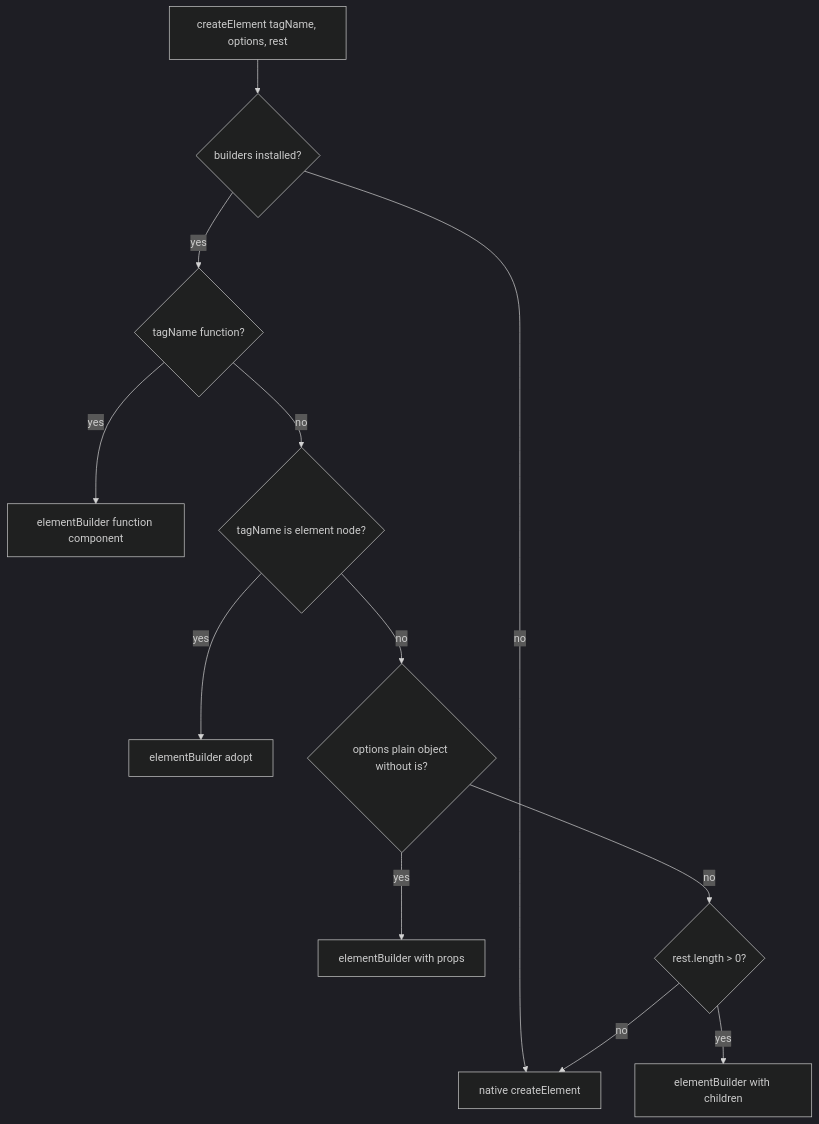
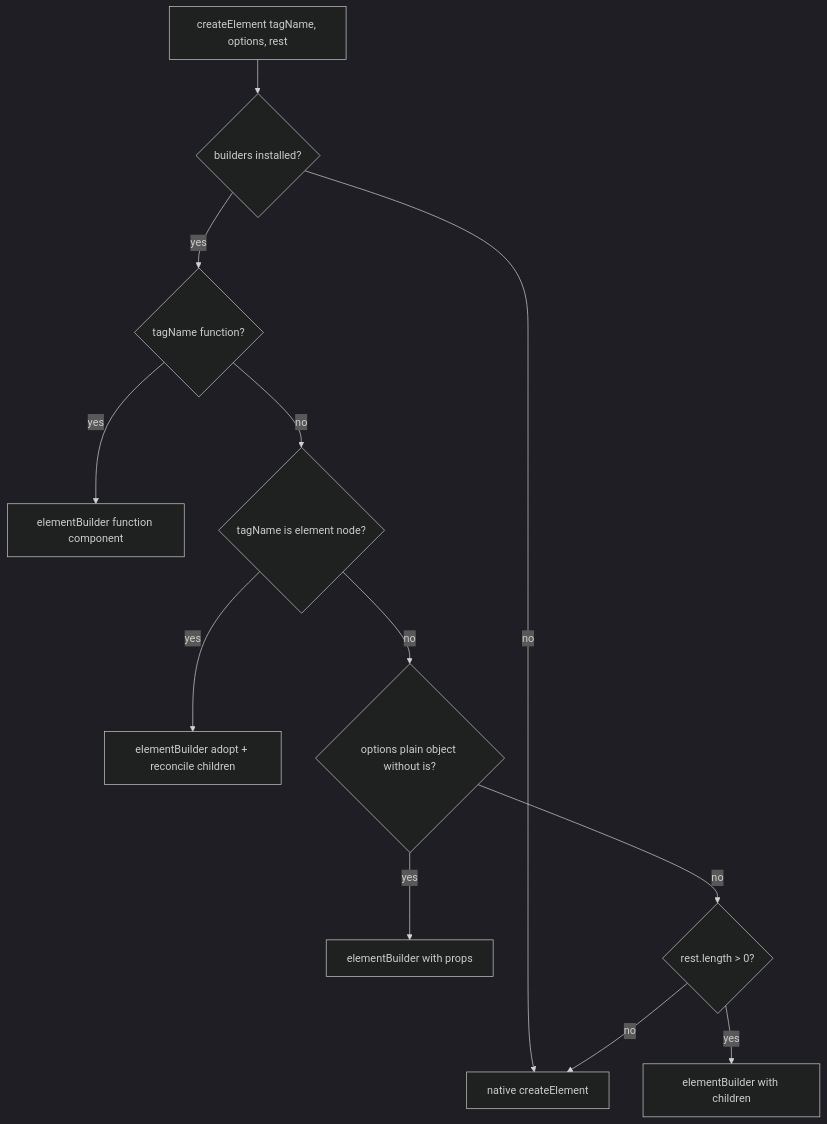
Before and after one commit to dimaspandu/dompp: the third of 5 diagrams in docs/enhancement.md, drawn with Mermaid (dark theme). The commit also changed other lines of this file and 2 other files, not shown here.

First line of the commit message:
docs: document hydrateElement and updated createElement routing

````diff
--- a/docs/enhancement.md
+++ b/docs/enhancement.md
@@ -40,14 +41,14 @@
 ```mermaid
 flowchart TD
     A[createElement tagName, options, rest] --> B{builders installed?}
     B -- no --> C[native createElement]
     B -- yes --> D{tagName function?}
     D -- yes --> E[elementBuilder function component]
     D -- no --> F{tagName is element node?}
-    F -- yes --> G[elementBuilder adopt]
+    F -- yes --> G[elementBuilder adopt + reconcile children]
     F -- no --> H{options plain object without is?}
     H -- yes --> I[elementBuilder with props]
     H -- no --> J{rest.length > 0?}
     J -- yes --> K[elementBuilder with children]
     J -- no --> C
 ```
````
